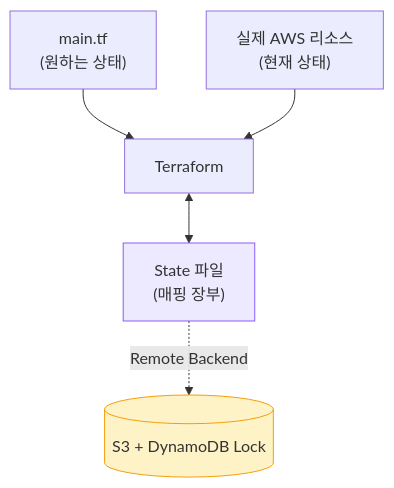
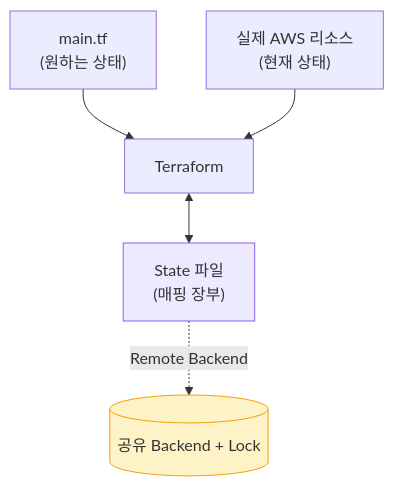
Before and after one commit to hyeongseoblim/systemdesign: the second of 4 diagrams in apps/api/src/main/resources/content/infra-03-iac-terraform.md, drawn with Mermaid. The commit also changed other lines of this file and 96 other files, not shown here.

````diff
--- a/apps/api/src/main/resources/content/infra-03-iac-terraform.md
+++ b/apps/api/src/main/resources/content/infra-03-iac-terraform.md
@@ -72,10 +72,10 @@
 ```mermaid
 flowchart TB
     Code["main.tf\n(원하는 상태)"] --> TF["Terraform"]
     AWS["실제 AWS 리소스\n(현재 상태)"] --> TF
     TF <--> State["State 파일\n(매핑 장부)"]
-    State -.->|"Remote Backend"| S3[("S3 + DynamoDB Lock")]
+    State -.->|"Remote Backend"| S3[("공유 Backend + Lock")]
 
     style State fill:#ede9fe,stroke:#8b5cf6
     style S3 fill:#fef3c7,stroke:#f59e0b
 ```
````
